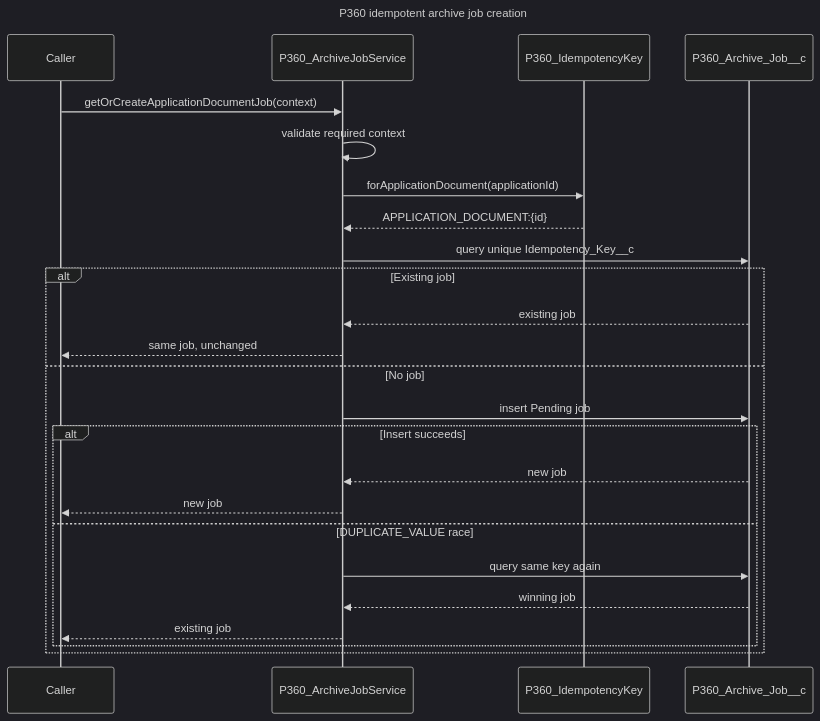
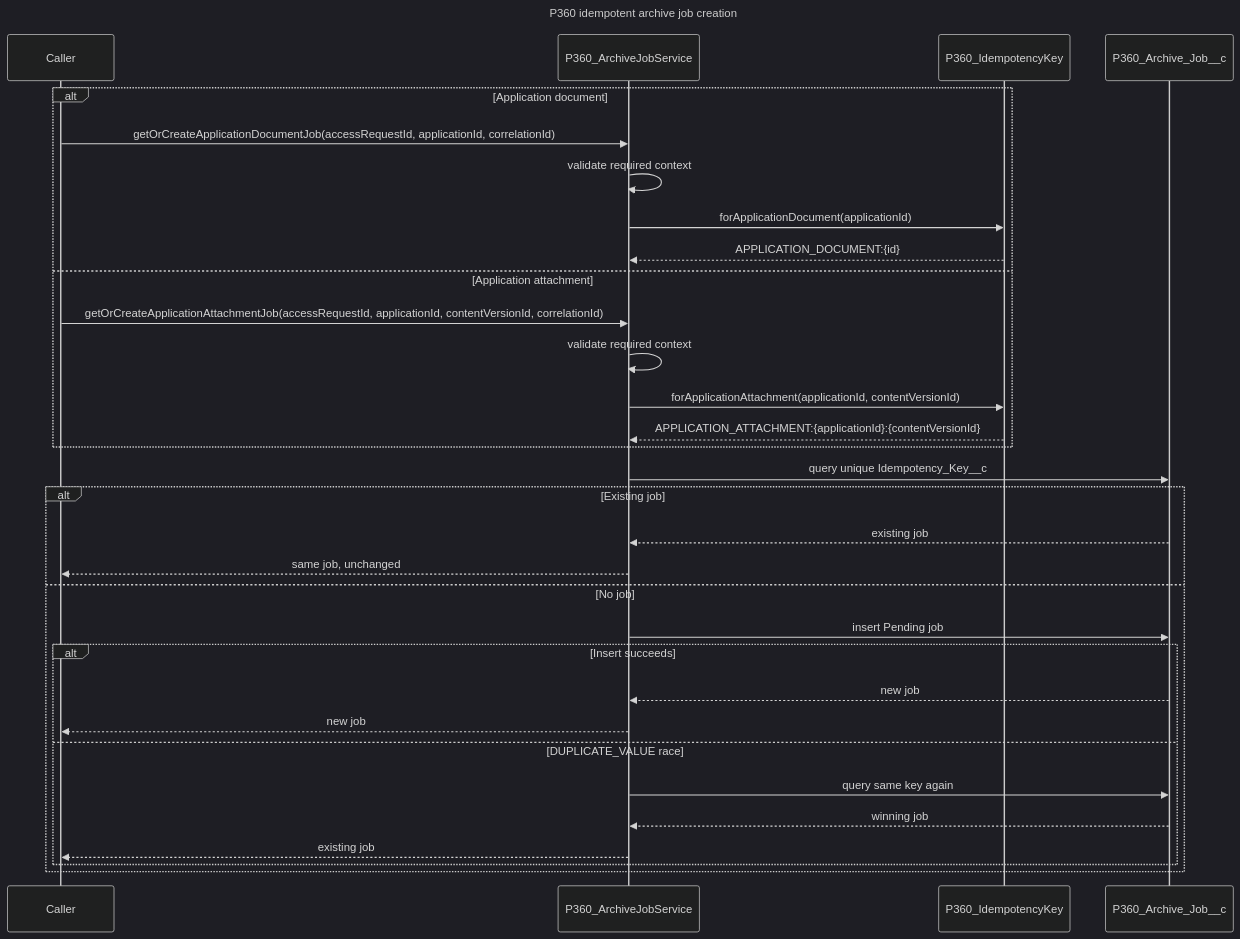
Before and after one commit to navikt/crm-arbeidsforhold: the diagram in docs/integrations/p360/diagrams/p360-idempotent-job-creation-sequence.mmd, drawn with Mermaid (dark theme). The commit also changed 12 other files, not shown here.

Commit message:
docs(p360): update architecture diagrams and add class diagram

```diff
--- a/docs/integrations/p360/diagrams/p360-idempotent-job-creation-sequence.mmd
+++ b/docs/integrations/p360/diagrams/p360-idempotent-job-creation-sequence.mmd
@@ -1,28 +1,35 @@
 ---
 title: P360 idempotent archive job creation
 ---
 sequenceDiagram
     participant Caller
     participant Service as P360_ArchiveJobService
     participant Key as P360_IdempotencyKey
     participant Store as P360_Archive_Job__c
 
-    Caller->>Service: getOrCreateApplicationDocumentJob(context)
-    Service->>Service: validate required context
-    Service->>Key: forApplicationDocument(applicationId)
-    Key-->>Service: APPLICATION_DOCUMENT:{id}
+    alt Application document
+        Caller->>Service: getOrCreateApplicationDocumentJob(accessRequestId, applicationId, correlationId)
+        Service->>Service: validate required context
+        Service->>Key: forApplicationDocument(applicationId)
+        Key-->>Service: APPLICATION_DOCUMENT:{id}
+    else Application attachment
+        Caller->>Service: getOrCreateApplicationAttachmentJob(accessRequestId, applicationId, contentVersionId, correlationId)
+        Service->>Service: validate required context
+        Service->>Key: forApplicationAttachment(applicationId, contentVersionId)
+        Key-->>Service: APPLICATION_ATTACHMENT:{applicationId}:{contentVersionId}
+    end
     Service->>Store: query unique Idempotency_Key__c
     alt Existing job
         Store-->>Service: existing job
         Service-->>Caller: same job, unchanged
     else No job
         Service->>Store: insert Pending job
         alt Insert succeeds
             Store-->>Service: new job
             Service-->>Caller: new job
         else DUPLICATE_VALUE race
             Service->>Store: query same key again
             Store-->>Service: winning job
             Service-->>Caller: existing job
         end
     end
```
